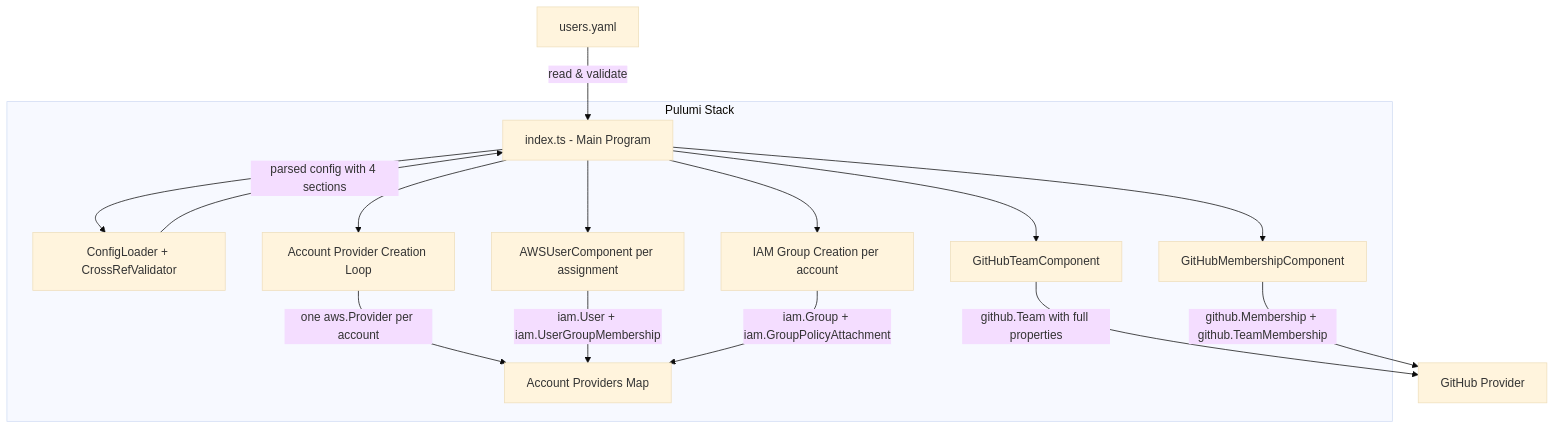
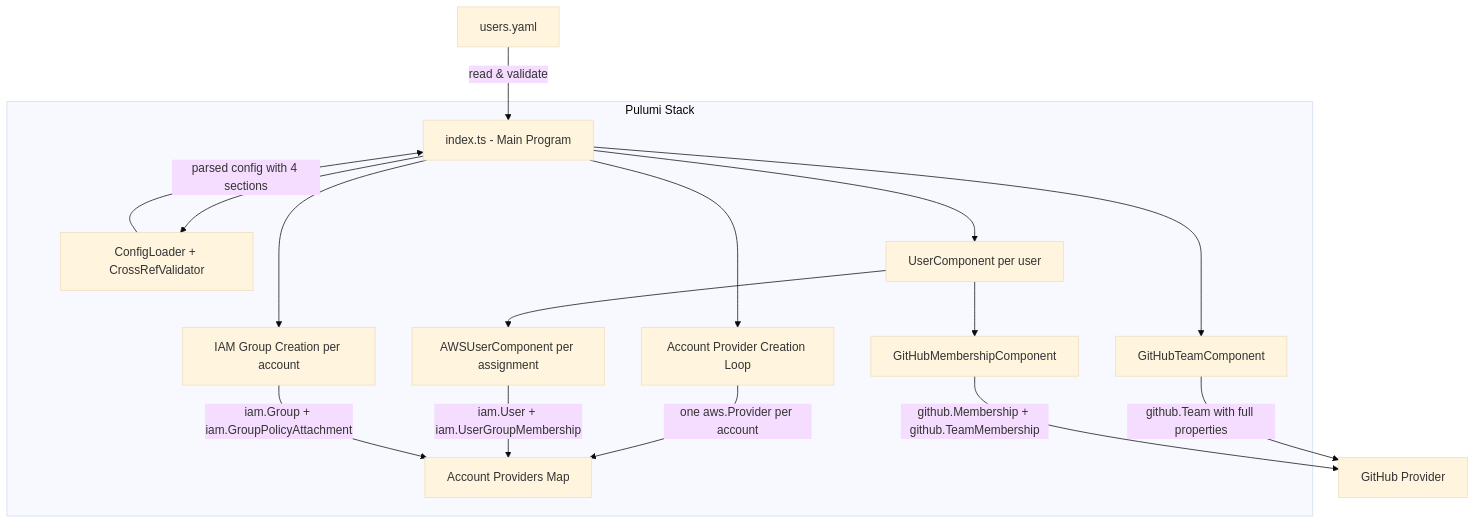
Before and after one commit to jssoriao/devops-user-management: the first of 2 diagrams in .kiro/specs/pulumi-user-management/design.md, drawn with Mermaid (base theme). The commit also changed other lines of this file and 1 other file, not shown here.

Commit message:
update spec, use a single User component that composes github membership and aws iam group membership

````diff
--- a/.kiro/specs/pulumi-user-management/design.md
+++ b/.kiro/specs/pulumi-user-management/design.md
@@ -27,27 +27,29 @@
 ```mermaid
 graph TD
     A[users.yaml] -->|read & validate| B[index.ts - Main Program]
     B --> C[ConfigLoader + CrossRefValidator]
     C -->|parsed config with 4 sections| B
     B --> P[Account Provider Creation Loop]
     P -->|one aws.Provider per account| PA[Account Providers Map]
     B --> D[GitHubTeamComponent]
-    B --> E[GitHubMembershipComponent]
-    B --> F[AWSUserComponent per assignment]
+    B --> U[UserComponent per user]
+    U --> E[GitHubMembershipComponent]
+    U --> F[AWSUserComponent per assignment]
     B --> G[IAM Group Creation per account]
     D -->|github.Team with full properties| H[GitHub Provider]
     E -->|github.Membership + github.TeamMembership| H
     F -->|iam.User + iam.UserGroupMembership| PA
     G -->|iam.Group + iam.GroupPolicyAttachment| PA
 
     subgraph Pulumi Stack
         B
         C
         P
         PA
         D
+        U
         E
         F
         G
     end
 ```
````
